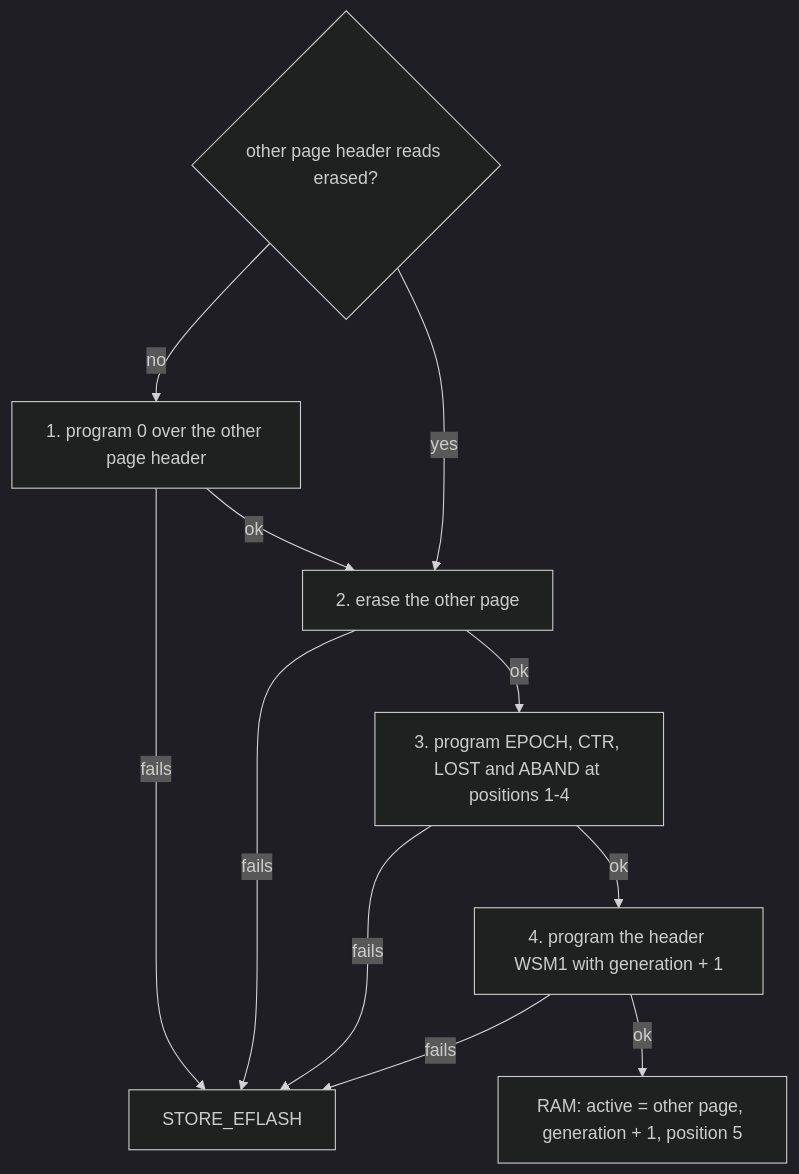
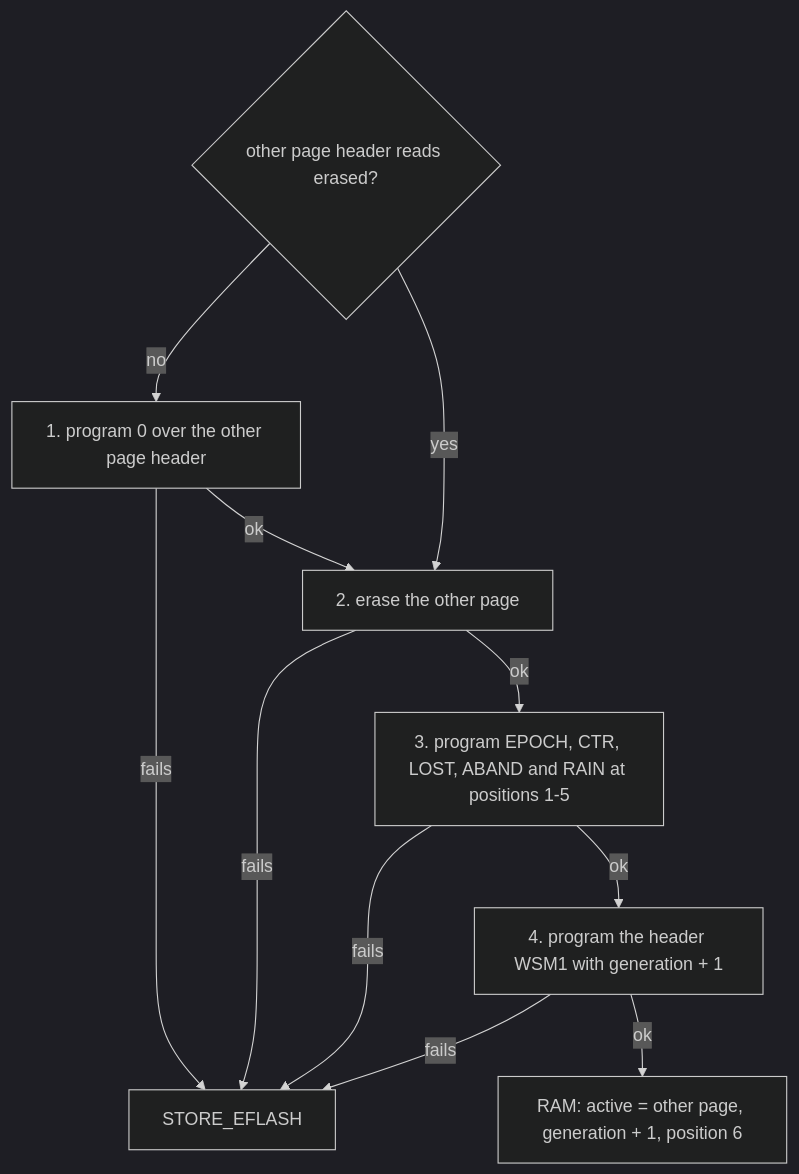
One commit to clintecker/weather-station-2026 changed the fifth of 14 diagrams in firmware/stage0-node/App/node_store.lit.md. Above: the diagram before and after it, drawn with Mermaid (dark theme). The commit also changed other lines of this file and 42 other files, not shown here.

````diff
--- a/firmware/stage0-node/App/node_store.lit.md
+++ b/firmware/stage0-node/App/node_store.lit.md
@@ -461,13 +462,13 @@
 ```mermaid
 flowchart TD
     R{"other page header reads erased?"} -- no --> S1["1. program 0 over the other page header"]
     S1 -- fails --> E["STORE_EFLASH"]
     S1 -- ok --> S2
     R -- yes --> S2["2. erase the other page"]
     S2 -- fails --> E
-    S2 -- ok --> S3["3. program EPOCH, CTR, LOST and ABAND at positions 1-4"]
+    S2 -- ok --> S3["3. program EPOCH, CTR, LOST, ABAND and RAIN at positions 1-5"]
     S3 -- fails --> E
     S3 -- ok --> S4["4. program the header WSM1 with generation + 1"]
     S4 -- fails --> E
-    S4 -- ok --> M["RAM: active = other page, generation + 1, position 5"]
+    S4 -- ok --> M["RAM: active = other page, generation + 1, position 6"]
 ```
````
